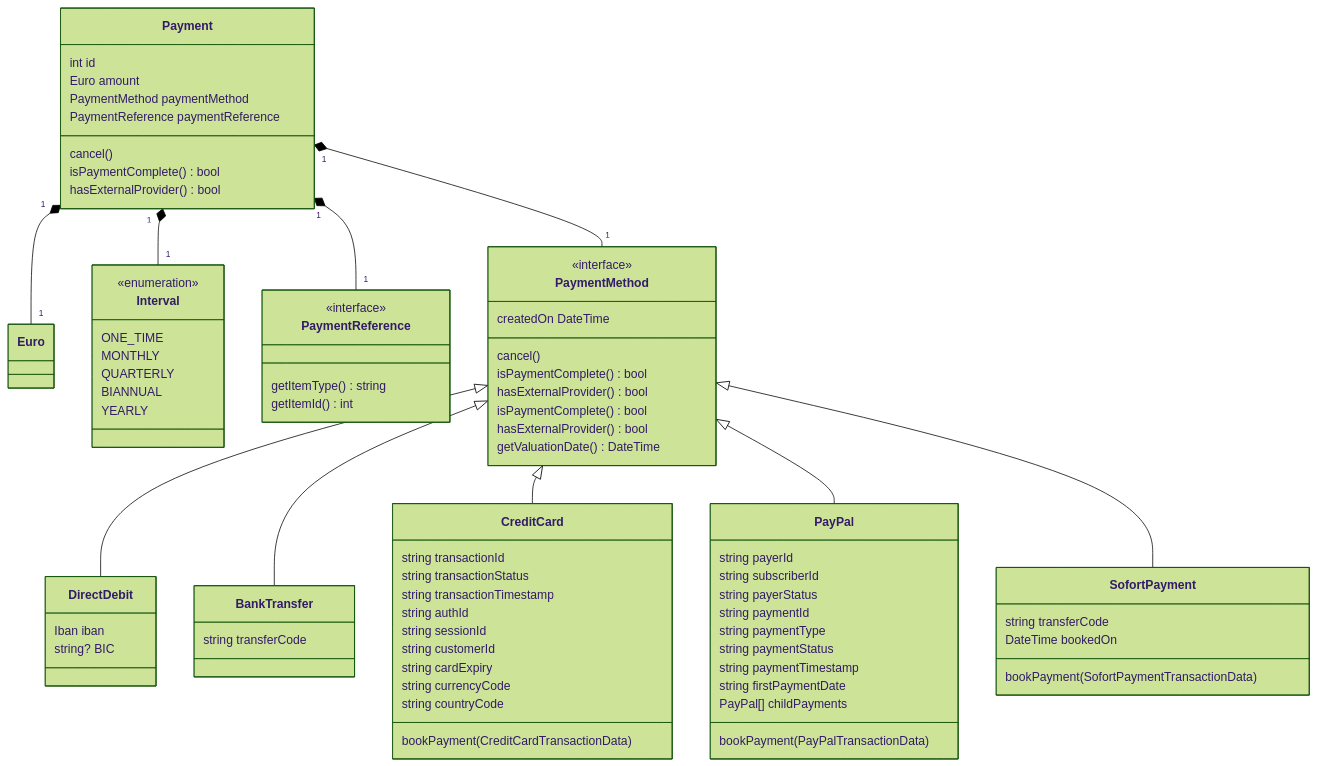
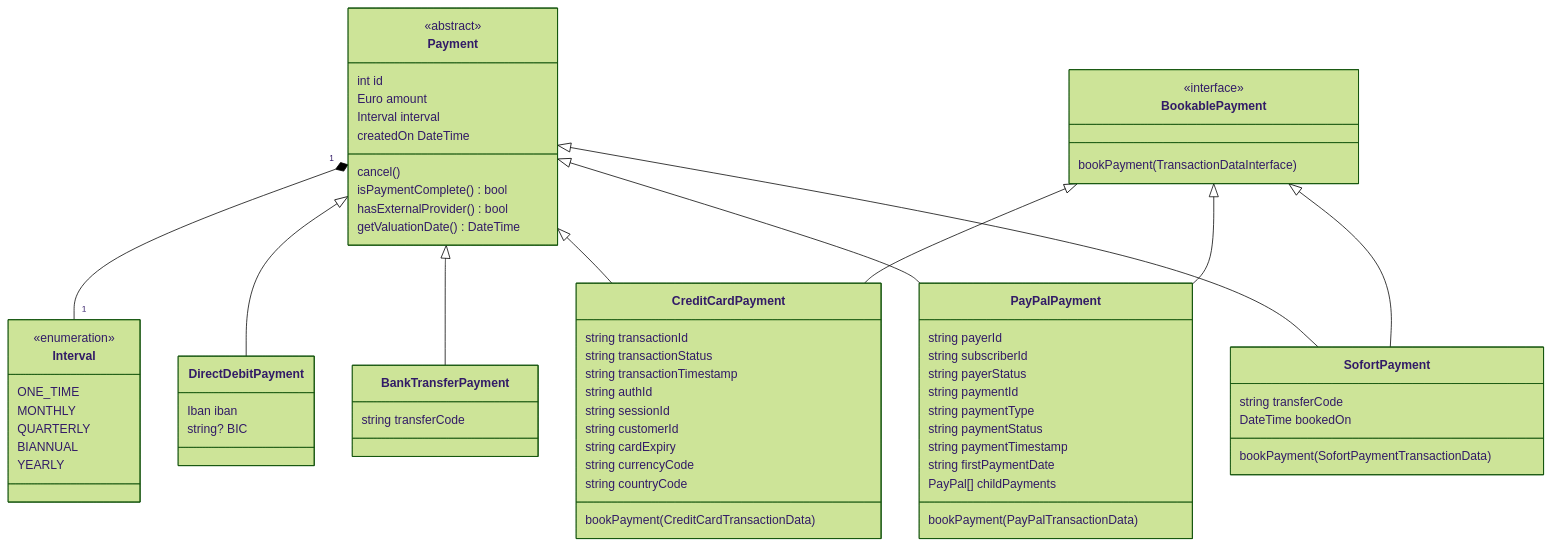
Before and after one commit to wmde/fundraising-payments: the diagram in docs/data_model.mmd, drawn with Mermaid (forest theme). The commit also changed 1 other file, not shown here.

Commit message:
Simplify planned data model
After working on the refactoring tickets, I'd propose to make payments
inheritance-based instead of a composition. This gets rid of the
"passthru" methods and is easier to store with Doctrine.

This is for https://phabricator.wikimedia.org/T300479

```diff
--- a/docs/data_model.mmd
+++ b/docs/data_model.mmd
@@ -1,91 +1,81 @@
 classDiagram
   class Payment {
+    <<abstract>>
     int id
     Euro amount
-    PaymentMethod paymentMethod
-    PaymentReference paymentReference
-    
+    Interval interval
+    createdOn DateTime
     cancel()
     isPaymentComplete()  bool
     hasExternalProvider() bool
+    getValuationDate() DateTime
   }
-  Payment "1" *-- "1"  Euro
   Payment "1" *-- "1" Interval
-  Payment "1" *-- "1"  PaymentReference
-  Payment "1" *-- "1"  PaymentMethod
-
-  class PaymentReference {
-    <<interface>>
-    getItemType() string
-    getItemId() int
-  }
+  
   
   class Interval {
     <<enumeration>>
     ONE_TIME
     MONTHLY
     QUARTERLY
     BIANNUAL
     YEARLY
   }
 
-  class PaymentMethod {
-    <<interface>>
-    createdOn DateTime
-    cancel()
-    isPaymentComplete()  bool
-    hasExternalProvider() bool
-    isPaymentComplete()  bool
-    hasExternalProvider() bool
-    getValuationDate() DateTime
-  }
 
-  class DirectDebit {
+  class DirectDebitPayment {
     Iban iban
     string? BIC
 
   }
-  PaymentMethod <|-- DirectDebit
+  Payment <|-- DirectDebitPayment
 
-  class BankTransfer {
+  class BankTransferPayment {
     string transferCode
   }
-  PaymentMethod <|-- BankTransfer
+  Payment <|-- BankTransferPayment
 
-  class CreditCard {
+  class BookablePayment {
+    <<interface>>
+    bookPayment( TransactionDataInterface )
+  }
+
+  class CreditCardPayment {
     string transactionId
 	  string transactionStatus
 	  string transactionTimestamp
 	  string authId
 	  string sessionId
 	  string customerId
 	  string cardExpiry
 	  string currencyCode
 	  string countryCode
 	
     bookPayment( CreditCardTransactionData )
   }
-  PaymentMethod <|-- CreditCard
+  Payment <|-- CreditCardPayment
+  BookablePayment <|-- CreditCardPayment
   
 
-  class PayPal {
+  class PayPalPayment {
     string payerId
 	  string subscriberId
 	  string payerStatus
 	  string paymentId
 	  string paymentType
 	  string paymentStatus
 	  string paymentTimestamp
 	  string firstPaymentDate
 	  PayPal[] childPayments
     bookPayment( PayPalTransactionData )
   }
-  PaymentMethod <|-- PayPal
-  
+  Payment <|-- PayPalPayment
+  BookablePayment <|-- PayPalPayment
 
   class SofortPayment {
     string transferCode
     DateTime bookedOn
     bookPayment( SofortPaymentTransactionData )
   }
-  PaymentMethod <|-- SofortPayment
+  Payment <|-- SofortPayment
+  BookablePayment <|-- SofortPayment
```
